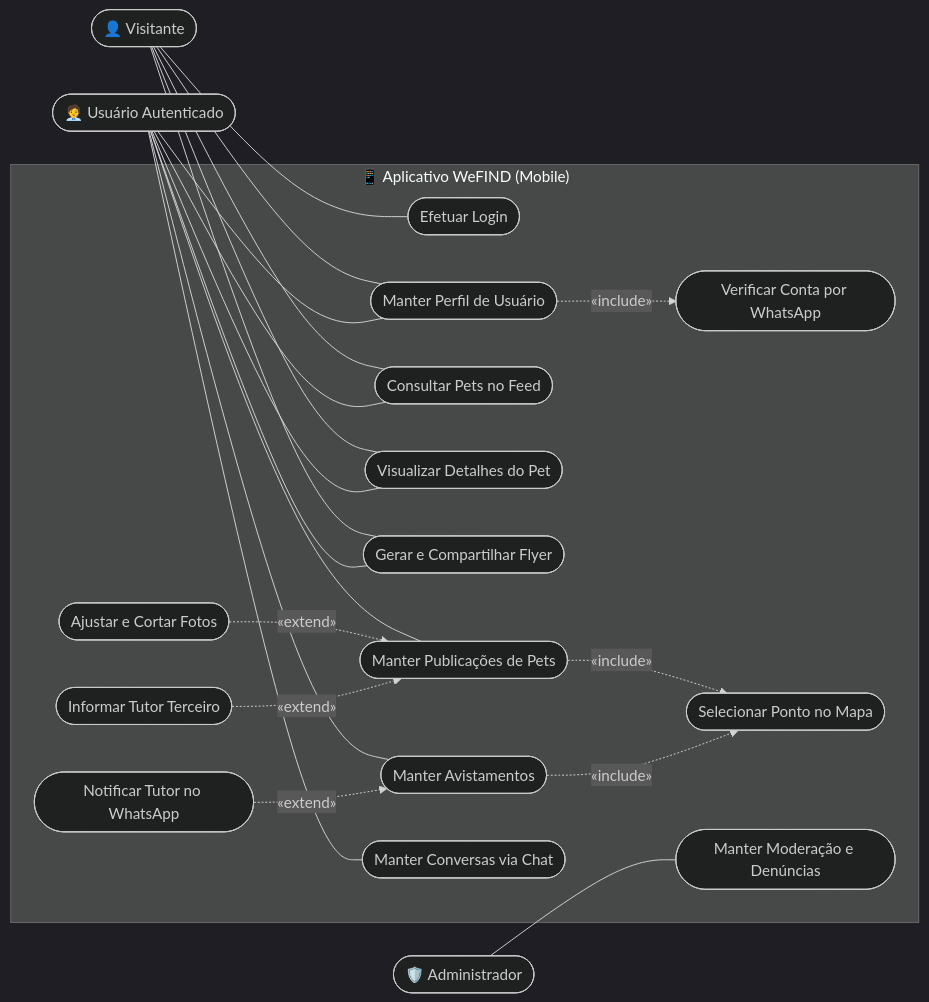
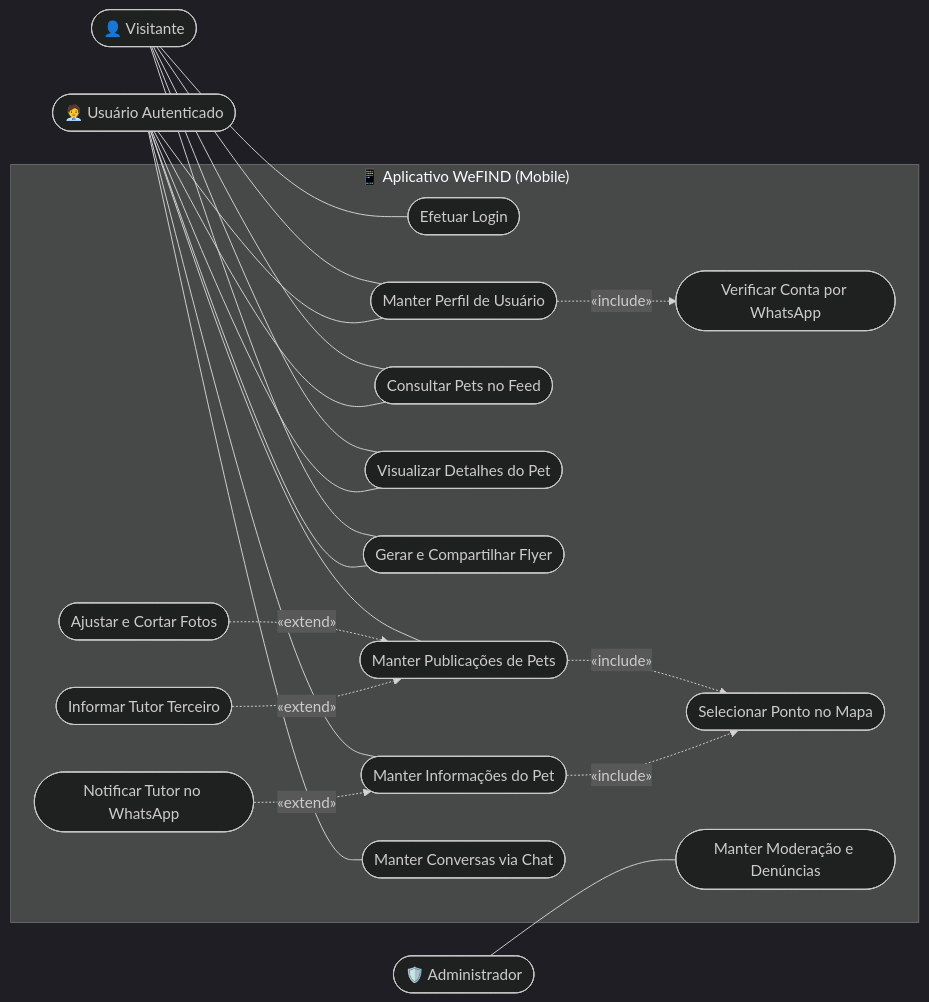
Before and after one commit to LuisHenriqueTSI/tcc_recover_aplicativo: the first of 2 diagrams in docs/DIAGRAMA_CASOS_DE_USO.md, drawn with Mermaid (dark theme). The commit also changed other lines of this file and 12 other files, not shown here.

````diff
--- a/docs/DIAGRAMA_CASOS_DE_USO.md
+++ b/docs/DIAGRAMA_CASOS_DE_USO.md
@@ -21,63 +21,63 @@
 ```mermaid
 flowchart LR
     %% Atores
     Visitor(["👤 Visitante"])
     User(["🧑‍💼 Usuário Autenticado"])
     Admin(["🛡️ Administrador"])
 
     %% Fronteira do Sistema
     subgraph WeFIND ["📱 Aplicativo WeFIND (Mobile)"]
         
         %% Módulo de Autenticação e Perfil
         UC_Auth(["Efetuar Login"])
         UC_Profile(["Manter Perfil de Usuário"])
         UC_Verify2FA(["Verificar Conta por WhatsApp"])
 
         %% Módulo de Pets e Publicações
         UC_Search(["Consultar Pets no Feed"])
         UC_ViewDetail(["Visualizar Detalhes do Pet"])
         UC_ShareFlyer(["Gerar e Compartilhar Flyer"])
         UC_MaintainPets(["Manter Publicações de Pets"])
         UC_CropPhotos(["Ajustar e Cortar Fotos"])
         UC_ThirdParty(["Informar Tutor Terceiro"])
 
-        %% Módulo de Avistamentos e Interação
-        UC_MaintainSightings(["Manter Avistamentos"])
+        %% Módulo de Informações e Interação
+        UC_MaintainSightings(["Manter Informações do Pet"])
         UC_PickMapLocation(["Selecionar Ponto no Mapa"])
         UC_NotifyOwnerWhatsApp(["Notificar Tutor no WhatsApp"])
         
         UC_MaintainChat(["Manter Conversas via Chat"])
 
         %% Módulo Administrativo
         UC_MaintainModeration(["Manter Moderação e Denúncias"])
     end
 
     %% Associações do Visitante (Linhas contínuas simples)
     Visitor --- UC_Auth
     Visitor --- UC_Profile
     Visitor --- UC_Search
     Visitor --- UC_ViewDetail
     Visitor --- UC_ShareFlyer
 
     %% Associações do Usuário Autenticado (Linhas contínuas simples)
     User --- UC_Profile
     User --- UC_Search
     User --- UC_ViewDetail
     User --- UC_ShareFlyer
     User --- UC_MaintainPets
     User --- UC_MaintainSightings
     User --- UC_MaintainChat
 
     %% Associações do Administrador
     Admin --- UC_MaintainModeration
 
     %% Inclusões Obrigatórias (<<include>>)
     UC_Profile -.->|«include»| UC_Verify2FA
     UC_MaintainPets -.->|«include»| UC_PickMapLocation
     UC_MaintainSightings -.->|«include»| UC_PickMapLocation
 
     %% Extensões Opcionais (<<extend>>)
     UC_CropPhotos -.->|«extend»| UC_MaintainPets
     UC_ThirdParty -.->|«extend»| UC_MaintainPets
     UC_NotifyOwnerWhatsApp -.->|«extend»| UC_MaintainSightings
 ```
````
